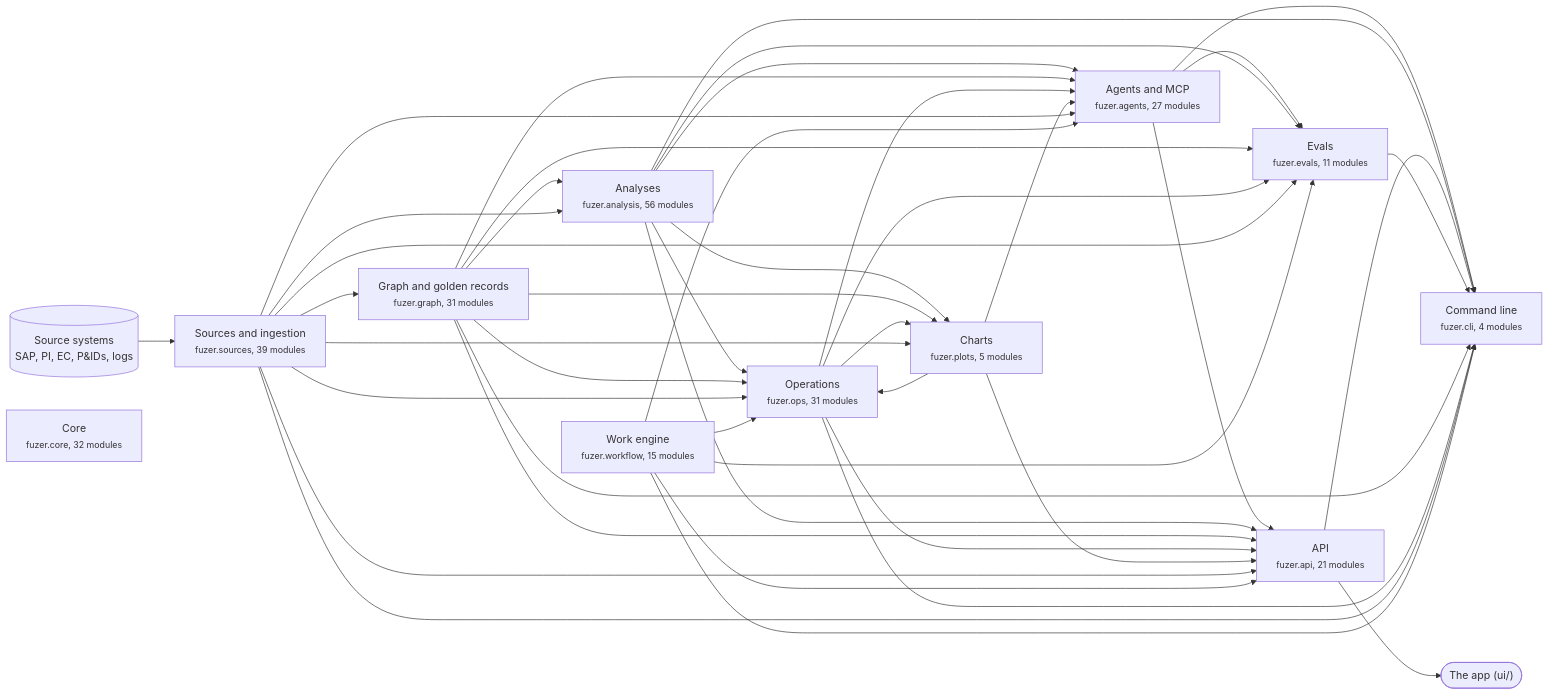
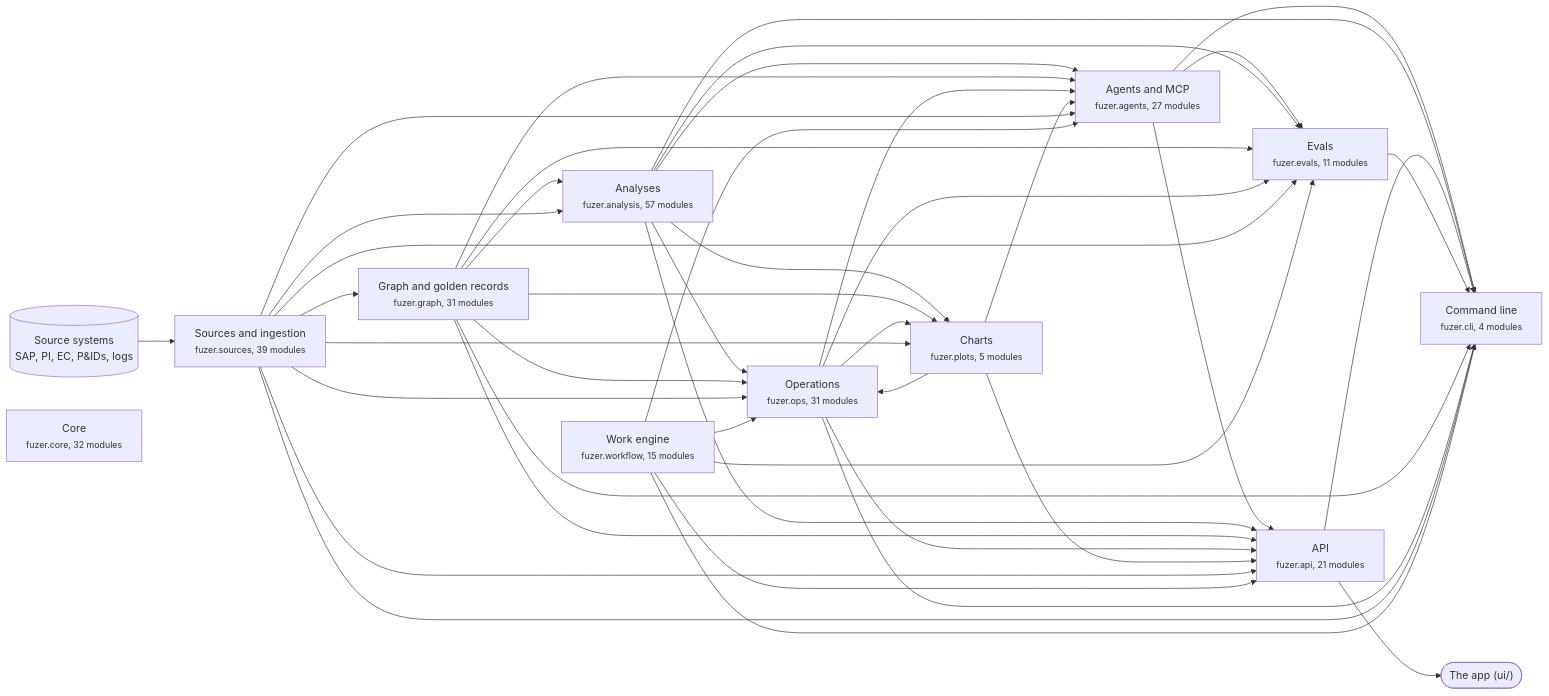
Before and after one commit to areed145/fuzer: the first of 3 diagrams in docs/architecture.md, drawn with Mermaid. The commit also changed other lines of this file and 11 other files, not shown here.

````diff
--- a/docs/architecture.md
+++ b/docs/architecture.md
@@ -8,67 +8,67 @@
 ```mermaid
 flowchart LR
   systems[("Source systems<br>SAP, PI, EC, P&IDs, logs")] --> c_sources
   app(["The app (ui/)"])
   c_api --> app
   c_sources["Sources and ingestion<br><small>fuzer.sources, 39 modules</small>"]
   c_graph["Graph and golden records<br><small>fuzer.graph, 31 modules</small>"]
-  c_analysis["Analyses<br><small>fuzer.analysis, 56 modules</small>"]
+  c_analysis["Analyses<br><small>fuzer.analysis, 57 modules</small>"]
   c_ops["Operations<br><small>fuzer.ops, 31 modules</small>"]
   c_plots["Charts<br><small>fuzer.plots, 5 modules</small>"]
   c_workflow["Work engine<br><small>fuzer.workflow, 15 modules</small>"]
   c_agents["Agents and MCP<br><small>fuzer.agents, 27 modules</small>"]
   c_evals["Evals<br><small>fuzer.evals, 11 modules</small>"]
   c_api["API<br><small>fuzer.api, 21 modules</small>"]
   c_cli["Command line<br><small>fuzer.cli, 4 modules</small>"]
   c_core["Core<br><small>fuzer.core, 32 modules</small>"]
   c_sources --> c_graph
   c_graph --> c_analysis
   c_sources --> c_analysis
   c_analysis --> c_ops
   c_graph --> c_ops
   c_plots --> c_ops
   c_sources --> c_ops
   c_workflow --> c_ops
   c_analysis --> c_plots
   c_graph --> c_plots
   c_ops --> c_plots
   c_sources --> c_plots
   c_analysis --> c_agents
   c_graph --> c_agents
   c_ops --> c_agents
   c_plots --> c_agents
   c_sources --> c_agents
   c_workflow --> c_agents
   c_agents --> c_evals
   c_analysis --> c_evals
   c_graph --> c_evals
   c_ops --> c_evals
   c_sources --> c_evals
   c_workflow --> c_evals
   c_agents --> c_api
   c_analysis --> c_api
   c_graph --> c_api
   c_ops --> c_api
   c_plots --> c_api
   c_sources --> c_api
   c_workflow --> c_api
   c_agents --> c_cli
   c_analysis --> c_cli
   c_api --> c_cli
   c_evals --> c_cli
   c_graph --> c_cli
   c_ops --> c_cli
   c_sources --> c_cli
   c_workflow --> c_cli
   click c_sources "https://github.com/areed145/fuzer/tree/main/src/fuzer/sources"
   click c_graph "https://github.com/areed145/fuzer/tree/main/src/fuzer/graph"
   click c_analysis "https://github.com/areed145/fuzer/tree/main/src/fuzer/analysis"
   click c_ops "https://github.com/areed145/fuzer/tree/main/src/fuzer/ops"
   click c_plots "https://github.com/areed145/fuzer/tree/main/src/fuzer/plots"
   click c_workflow "https://github.com/areed145/fuzer/tree/main/src/fuzer/workflow"
   click c_agents "https://github.com/areed145/fuzer/tree/main/src/fuzer/agents"
   click c_evals "https://github.com/areed145/fuzer/tree/main/src/fuzer/evals"
   click c_api "https://github.com/areed145/fuzer/tree/main/src/fuzer/api"
   click c_cli "https://github.com/areed145/fuzer/tree/main/src/fuzer/cli"
   click c_core "https://github.com/areed145/fuzer/tree/main/src/fuzer/core"
 ```
````
